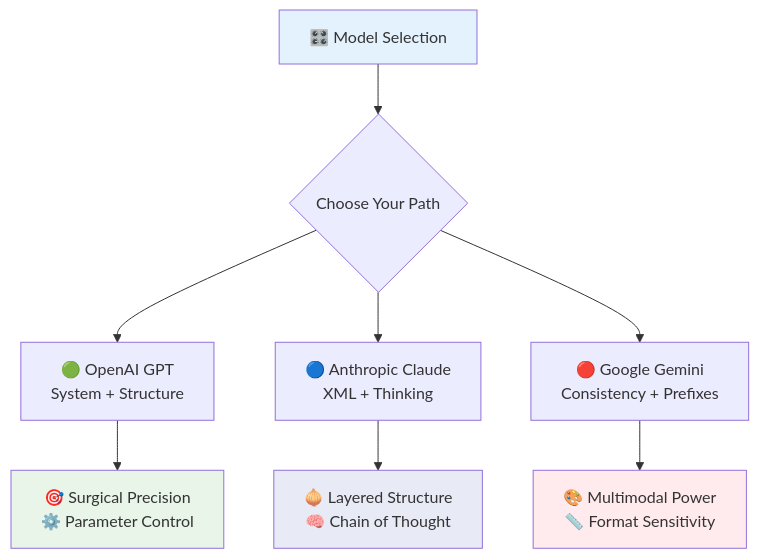
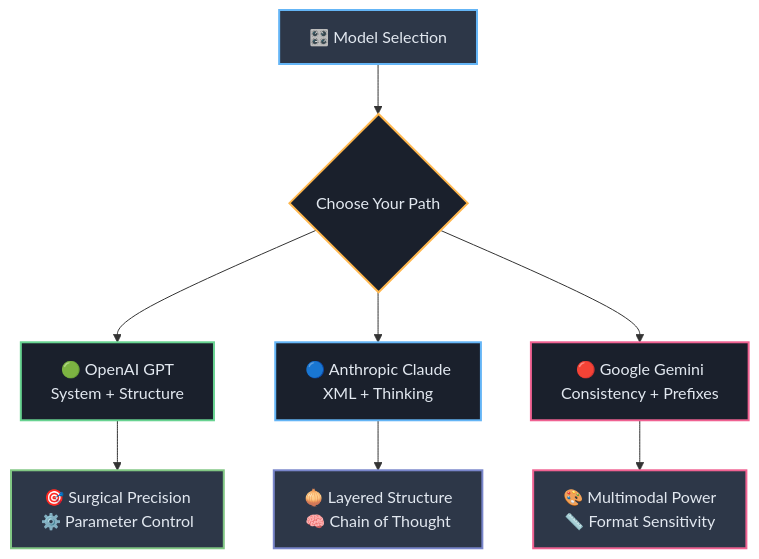
The seventh of 7 diagrams in Part_I_Section_3_Model-Specific_Blueprints_and_Advanced_Techniques.md (josemlopez/prompt_tutorial), drawn with Mermaid before and after one commit. The commit also changed other lines of this file and 7 other files, not shown here.

````diff
--- a/Part_I_Section_3_Model-Specific_Blueprints_and_Advanced_Techniques.md
+++ b/Part_I_Section_3_Model-Specific_Blueprints_and_Advanced_Techniques.md
@@ -419,17 +430,21 @@
 ```mermaid
 graph TB
-    A[🎛️ Model Selection] --> B{Choose Your Path}
-    
-    B --> C[🟢 OpenAI GPT<br/>System + Structure]
-    B --> D[🔵 Anthropic Claude<br/>XML + Thinking]
-    B --> E[🔴 Google Gemini<br/>Consistency + Prefixes]
-    
-    C --> F[🎯 Surgical Precision<br/>⚙️ Parameter Control]
-    D --> G[🧅 Layered Structure<br/>🧠 Chain of Thought]
-    E --> H[🎨 Multimodal Power<br/>📏 Format Sensitivity]
-    
-    style A fill:#e3f2fd
-    style F fill:#e8f5e8
-    style G fill:#e8eaf6
-    style H fill:#ffebee
+   A[🎛️ Model Selection] --> B{Choose Your Path}
+   
+   B --> C[🟢 OpenAI GPT<br/>System + Structure]
+   B --> D[🔵 Anthropic Claude<br/>XML + Thinking]
+   B --> E[🔴 Google Gemini<br/>Consistency + Prefixes]
+   
+   C --> F[🎯 Surgical Precision<br/>⚙️ Parameter Control]
+   D --> G[🧅 Layered Structure<br/>🧠 Chain of Thought]
+   E --> H[🎨 Multimodal Power<br/>📏 Format Sensitivity]
+   
+   style A fill:#2d3748,stroke:#64b5f6,stroke-width:2px,color:#e2e8f0
+   style B fill:#1a202c,stroke:#ffb74d,stroke-width:2px,color:#e2e8f0
+   style C fill:#1a202c,stroke:#68d391,stroke-width:2px,color:#e2e8f0
+   style D fill:#1a202c,stroke:#64b5f6,stroke-width:2px,color:#e2e8f0
+   style E fill:#1a202c,stroke:#f06292,stroke-width:2px,color:#e2e8f0
+   style F fill:#2d3748,stroke:#81c784,stroke-width:2px,color:#e2e8f0
+   style G fill:#2d3748,stroke:#7986cb,stroke-width:2px,color:#e2e8f0
+   style H fill:#2d3748,stroke:#f06292,stroke-width:2px,color:#e2e8f0
 ```
````
